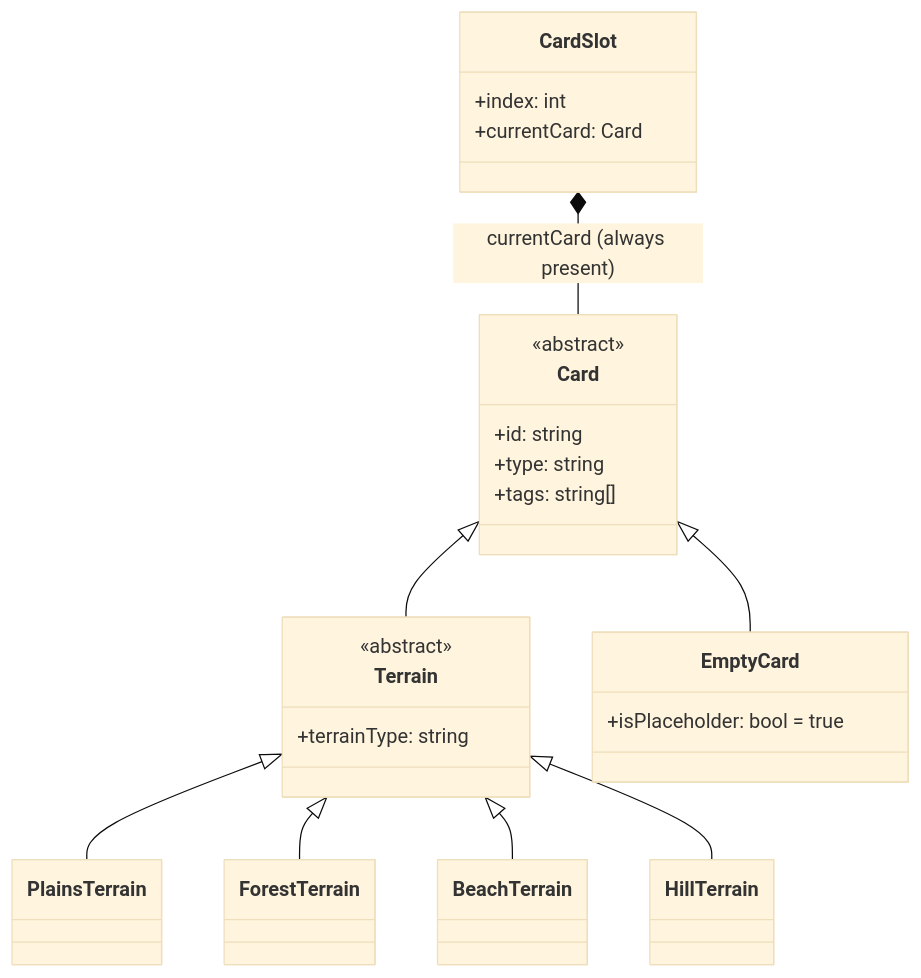
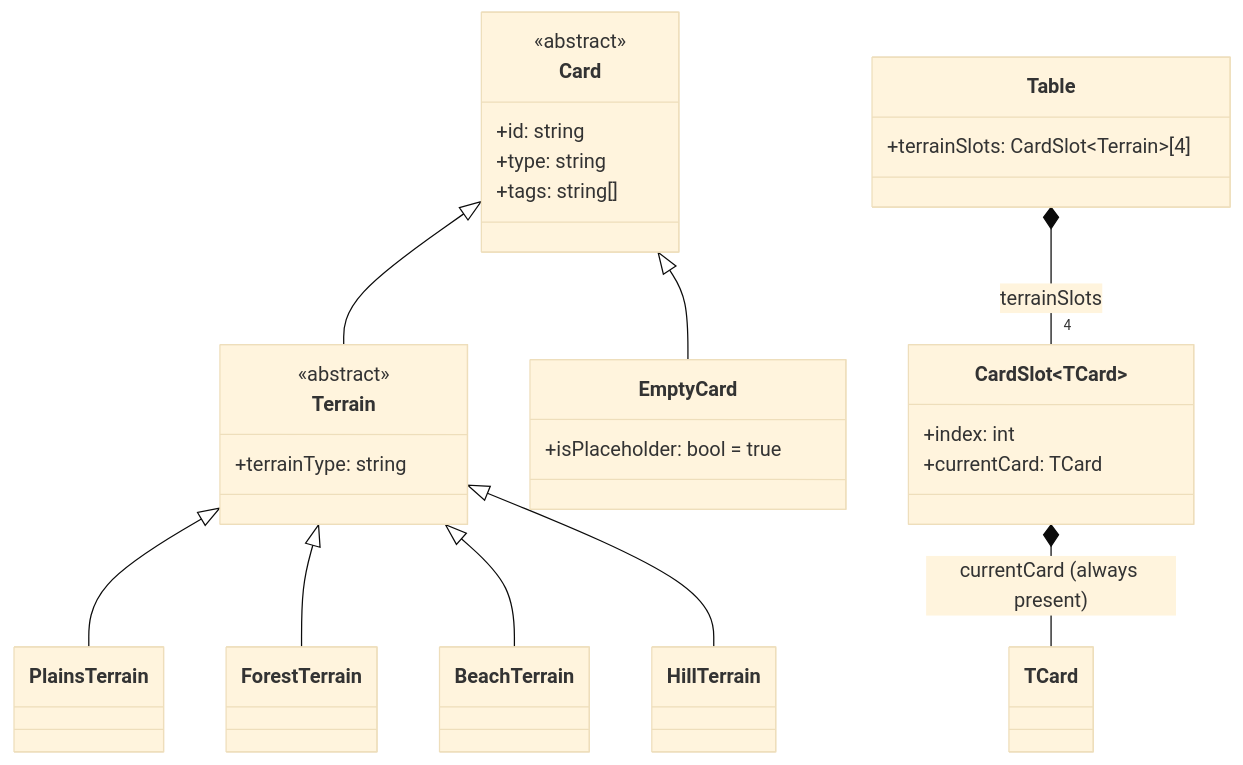
The first of 2 diagrams in StrategyGame/data-structure.md (AJosephsen/gfxer), drawn with Mermaid (base theme) before and after one commit. The commit also changed other lines of this file, not shown here.

Commit message:
docs: make CardSlot generic over Card subtype

````diff
--- a/StrategyGame/data-structure.md
+++ b/StrategyGame/data-structure.md
@@ -17,36 +17,41 @@
 ```mermaid
 classDiagram
     class Card {
         <<abstract>>
         +id: string
         +type: string
         +tags: string[]
     }
 
     class Terrain {
         <<abstract>>
         +terrainType: string
     }
 
     class PlainsTerrain
     class ForestTerrain
     class BeachTerrain
     class HillTerrain
 
     class EmptyCard {
         +isPlaceholder: bool = true
     }
 
-    class CardSlot {
+    class CardSlot~TCard~ {
         +index: int
-        +currentCard: Card
+        +currentCard: TCard
+    }
+
+    class Table {
+        +terrainSlots: CardSlot~Terrain~[4]
     }
 
     Card <|-- EmptyCard
     Card <|-- Terrain
     Terrain <|-- PlainsTerrain
     Terrain <|-- ForestTerrain
     Terrain <|-- BeachTerrain
     Terrain <|-- HillTerrain
-    CardSlot *-- Card : currentCard (always present)
+    CardSlot~TCard~ *-- TCard : currentCard (always present)
+    Table *-- "4" CardSlot~Terrain~ : terrainSlots
 ```
````
